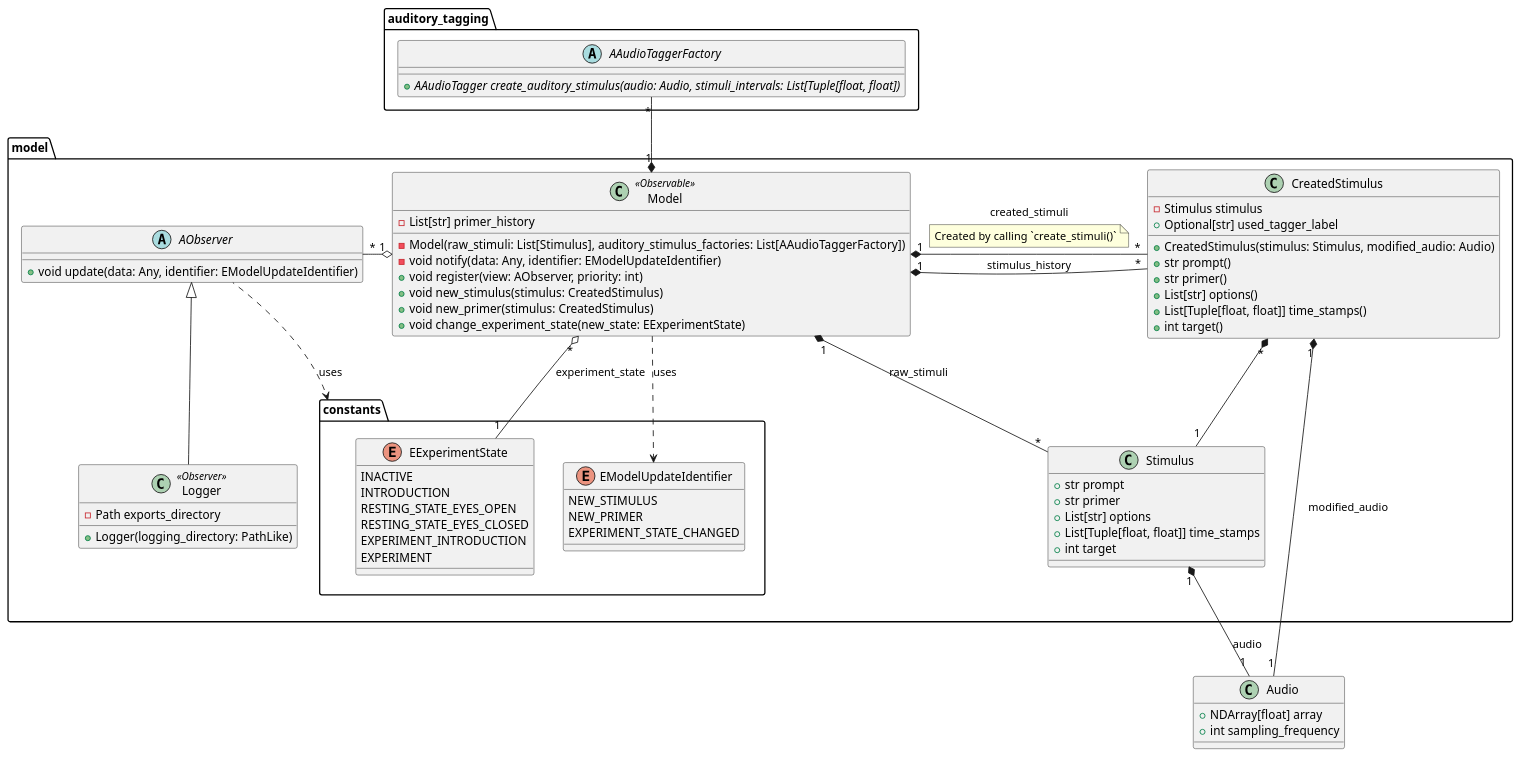
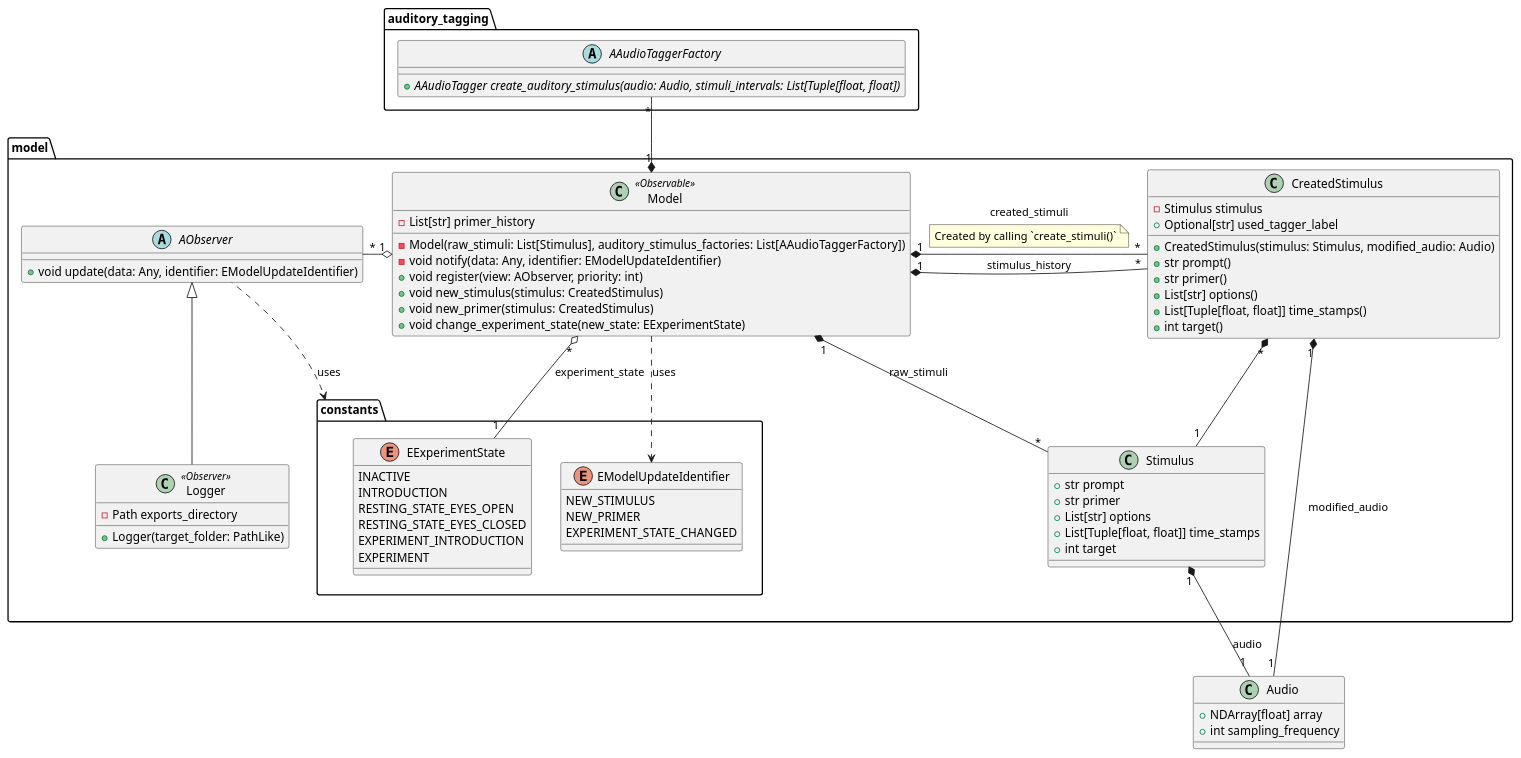
The diagram in diagrams/plantuml/class/model_class.puml (michalrzak/auditory-intention-decoding), drawn with PlantUML before and after one commit. The commit also changed 4 other files, not shown here.

```diff
--- a/diagrams/plantuml/class/model_class.puml
+++ b/diagrams/plantuml/class/model_class.puml
@@ -1,90 +1,90 @@
 @startuml
 
 class Audio {
     +NDArray[float] array
     +int sampling_frequency
 }
 package auditory_tagging {
    abstract class AAudioTaggerFactory {
       +AAudioTagger {abstract} create_auditory_stimulus(audio: Audio, stimuli_intervals: List[Tuple[float, float])
     }
 }
 
 package model {
     abstract class AObserver {
         +void update(data: Any, identifier: EModelUpdateIdentifier)
     }
 
     class Model <<Observable>>{
         -List[str] primer_history
 
         -Model(raw_stimuli: List[Stimulus], auditory_stimulus_factories: List[AAudioTaggerFactory])
         -void notify(data: Any, identifier: EModelUpdateIdentifier)
         +void register(view: AObserver, priority: int)
         +void new_stimulus(stimulus: CreatedStimulus)
         +void new_primer(stimulus: CreatedStimulus)
         +void change_experiment_state(new_state: EExperimentState)
     }
 
     class Logger<<Observer>> {
         -Path exports_directory
-        +Logger(logging_directory: PathLike)
+        +Logger(target_folder: PathLike)
     }
     Logger -u-|> AObserver
 
     package constants {
     enum EExperimentState {
         INACTIVE
         INTRODUCTION
         RESTING_STATE_EYES_OPEN
         RESTING_STATE_EYES_CLOSED
         EXPERIMENT_INTRODUCTION
         EXPERIMENT
     }
 
     enum EModelUpdateIdentifier {
         NEW_STIMULUS
         NEW_PRIMER
         EXPERIMENT_STATE_CHANGED
     }
     }
 
     class Stimulus {
         +str prompt
         +str primer
         +List[str] options
         +List[Tuple[float, float]] time_stamps
         +int target
     }
     Stimulus "1" *-- "1" Audio: audio
 
     class CreatedStimulus {
         -Stimulus stimulus
         +Optional[str] used_tagger_label
 
         +CreatedStimulus(stimulus: Stimulus, modified_audio: Audio)
         +str prompt()
         +str primer()
         +List[str] options()
         +List[Tuple[float, float]] time_stamps()
         +int target()
     }
     CreatedStimulus "1" *-l- "1" Audio: modified_audio
 
 
     CreatedStimulus "*" *-- "1" Stimulus
 }
 
 Model "1" *-r- "*" CreatedStimulus: "stimulus_history"
 Model "*" o--- "1" EExperimentState: "experiment_state"
 Model "1" o-l-- "*" AObserver
 Model ..> EModelUpdateIdentifier: "uses"
 
 AObserver .l.> constants: "uses"
 
 Model "1" *-u- "*" AAudioTaggerFactory
 Model "1" *-- "*" Stimulus: raw_stimuli
 Model "1" *-- "*" CreatedStimulus: created_stimuli
 note on link: Created by calling  `create_stimuli()`
 
 @enduml
```
